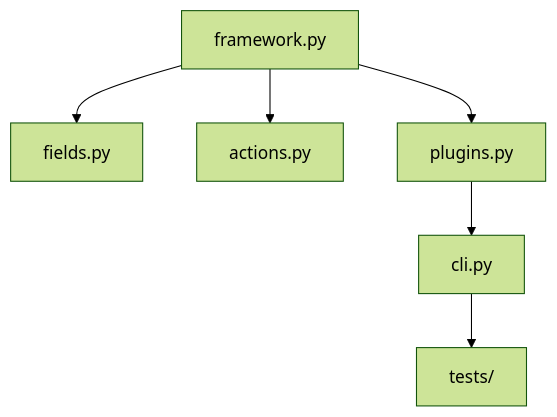
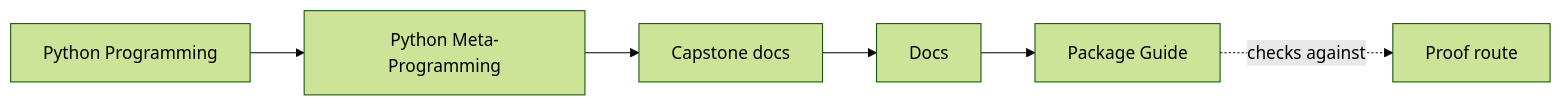
The first of 2 diagrams in programs/python-programming/python-meta-programming/capstone/docs/package-guide.md (bijux/bijux-masterclass), drawn with Mermaid (forest theme) before and after one commit. The commit also changed other lines of this file and 91 other files, not shown here.

Commit message:
docs(python-meta-programming): map advanced runtime and capstone surfaces

````diff
--- a/programs/python-programming/python-meta-programming/capstone/docs/package-guide.md
+++ b/programs/python-programming/python-meta-programming/capstone/docs/package-guide.md
@@ -7,8 +7,12 @@
 ```mermaid
-graph TD
-  framework["framework.py"] --> fields["fields.py"]
-  framework --> actions["actions.py"]
-  framework --> plugins["plugins.py"]
-  plugins --> cli["cli.py"]
-  cli --> tests["tests/"]
+graph LR
+  family["Python Programming"]
+  program["Python Meta-Programming"]
+  guide["Capstone docs"]
+  section["Docs"]
+  page["Package Guide"]
+  proof["Proof route"]
+
+  family --> program --> guide --> section --> page
+  page -.checks against.-> proof
 ```
````
